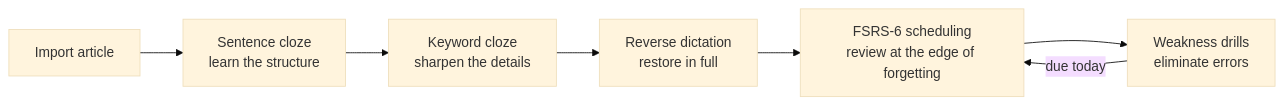
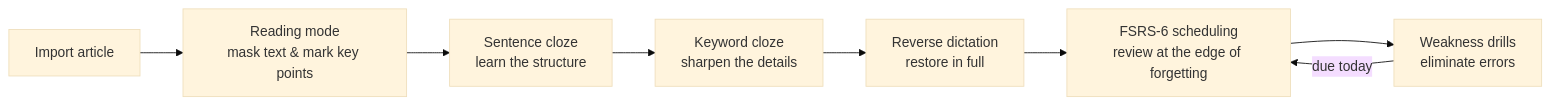
The diagram in README.en.md (ilyskyo/Blancall), drawn with Mermaid (base theme) before and after one commit. The commit also changed other lines of this file and 1 other file, not shown here.

Commit message:
docs: 学习闭环图补阅读模式节点；取消详表折叠改为平铺

````diff
--- a/README.en.md
+++ b/README.en.md
@@ -42,9 +42,10 @@
 ```mermaid
 flowchart LR
-    A[Import article] --> B[Sentence cloze<br>learn the structure]
-    B --> C[Keyword cloze<br>sharpen the details]
-    C --> D[Reverse dictation<br>restore in full]
-    D --> E[FSRS-6 scheduling<br>review at the edge of forgetting]
-    E --> F[Weakness drills<br>eliminate errors]
-    F -->|due today| E
+    A[Import article] --> B[Reading mode<br>mask text & mark key points]
+    B --> C[Sentence cloze<br>learn the structure]
+    C --> D[Keyword cloze<br>sharpen the details]
+    D --> E[Reverse dictation<br>restore in full]
+    E --> F[FSRS-6 scheduling<br>review at the edge of forgetting]
+    F --> G[Weakness drills<br>eliminate errors]
+    G -->|due today| F
 ```
````
